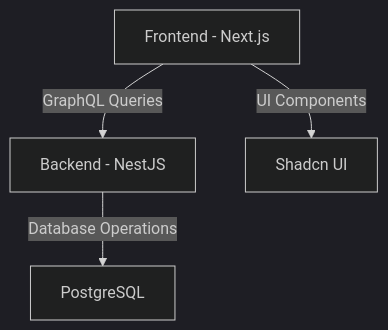
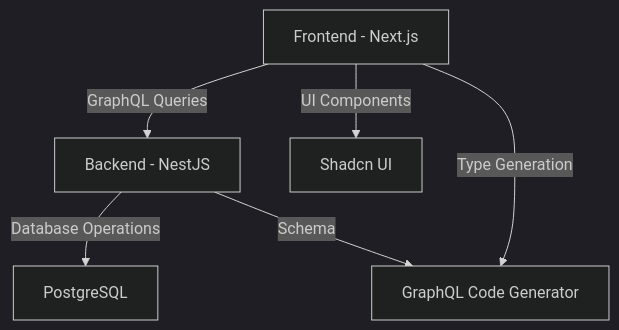
One commit to UyLeQuoc/monorepo-boilerplate changed the diagram in memory-bank/systemPatterns.md. Above: the diagram before and after it, drawn with Mermaid (dark theme). The commit also changed other lines of this file and 13 other files, not shown here.

Commit message:
Integrate GraphQL Code Generator into the project, updating Memory Bank documentation and configuration files. Added dependencies for type-safe operations, updated active context, progress, and system patterns to reflect new workflows. Configured development scripts for code generation.

````diff
--- a/memory-bank/systemPatterns.md
+++ b/memory-bank/systemPatterns.md
@@ -23,6 +24,8 @@
 ```mermaid
 graph TD
     A[Frontend - Next.js] -->|GraphQL Queries| B[Backend - NestJS]
     B -->|Database Operations| C[PostgreSQL]
     A -->|UI Components| D[Shadcn UI]
+    A -->|Type Generation| E[GraphQL Code Generator]
+    B -->|Schema| E
 ```
````
